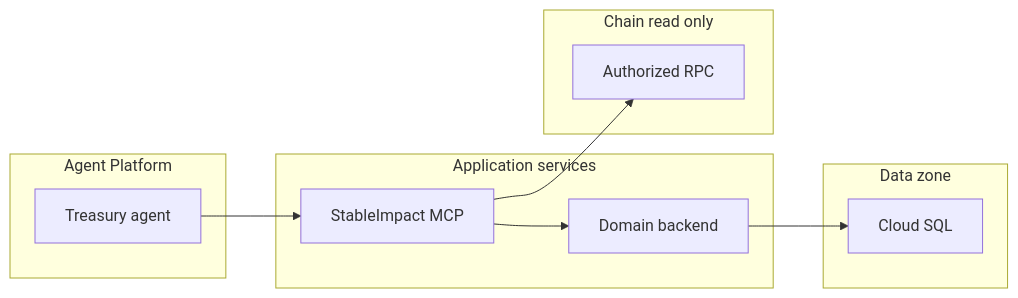
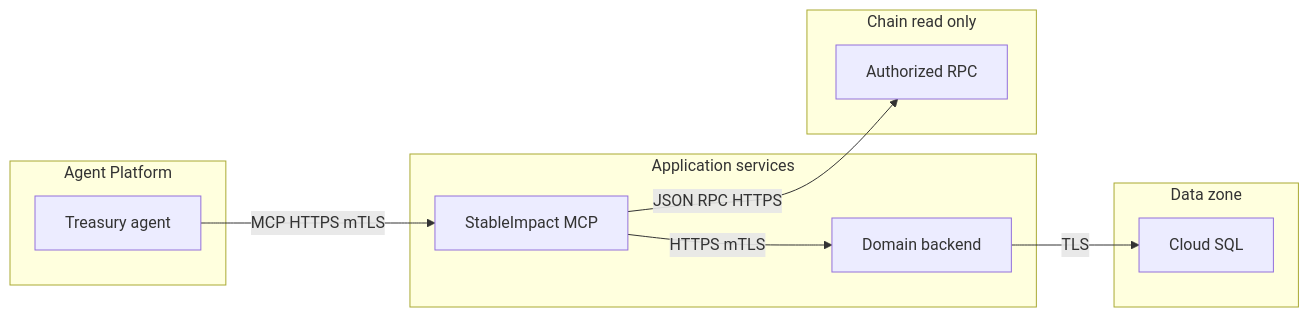
Diagram 11 of 21 in stableimpact-design.md (eweinmanepam/Documents), drawn with Mermaid before and after one commit. The commit also changed other lines of this file, not shown here.

````diff
--- a/stableimpact-design.md
+++ b/stableimpact-design.md
@@ -327,24 +334,24 @@
 ```mermaid
 flowchart LR
   subgraph Platform[Agent Platform]
-    AGENT[Treasury agent]
+    T_AGENT[Treasury agent]
   end
 
   subgraph AppSvc[Application services]
-    MCP[StableImpact MCP]
-    API[Domain backend]
+    T_MCP[StableImpact MCP]
+    T_API[Domain backend]
   end
 
   subgraph DataZone[Data zone]
-    SQL[Cloud SQL]
+    T_SQL[Cloud SQL]
   end
 
   subgraph Chain[Chain read only]
-    RPC[Authorized RPC]
+    T_RPC[Authorized RPC]
   end
 
-  AGENT --> MCP
-  MCP --> API
-  API --> SQL
-  MCP --> RPC
+  T_AGENT -->|MCP HTTPS mTLS| T_MCP
+  T_MCP -->|HTTPS mTLS| T_API
+  T_API -->|TLS| T_SQL
+  T_MCP -->|JSON RPC HTTPS| T_RPC
 ```
````
